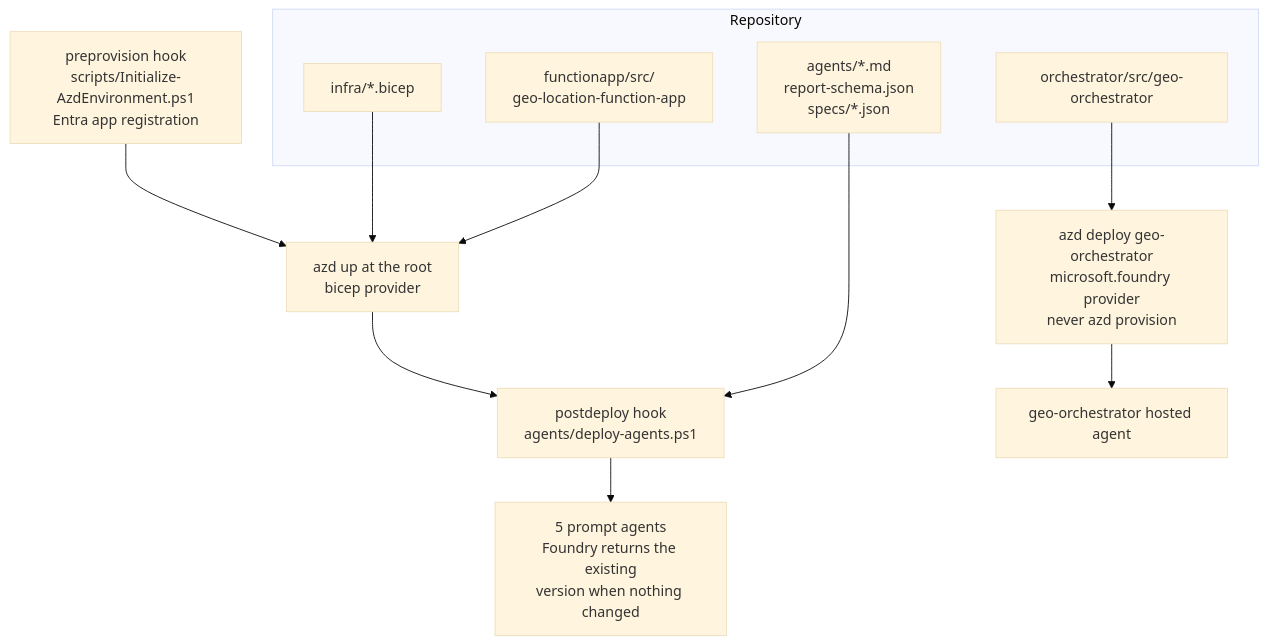
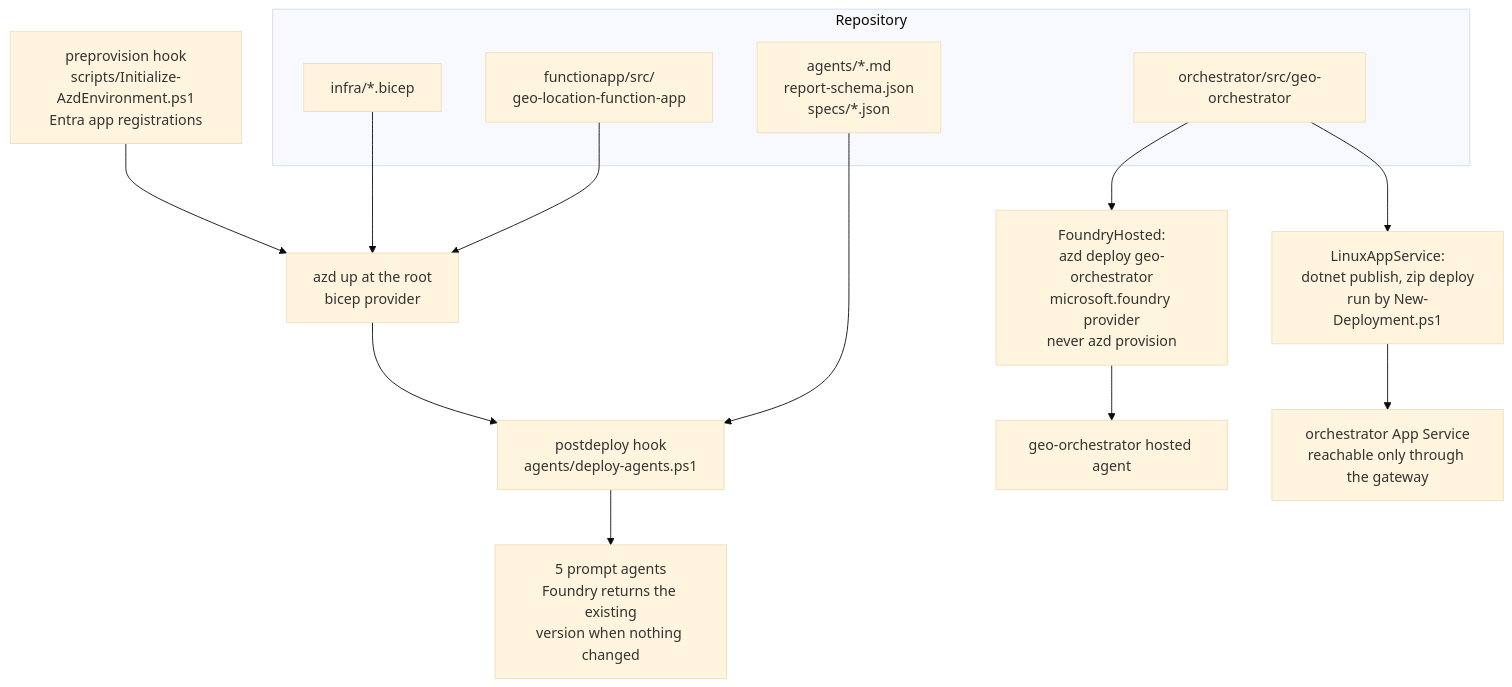
The third of 3 diagrams in README.md (TK11703/geo-location-agents), drawn with Mermaid (base theme) before and after one commit. The commit also changed other lines of this file and 15 other files, not shown here.

````diff
--- a/README.md
+++ b/README.md
@@ -108,22 +138,24 @@
 ```mermaid
 flowchart TB
     subgraph Repo["Repository"]
         Infra["infra/*.bicep"]
         Api["functionapp/src/<br/>geo-location-function-app"]
         Defs["agents/*.md<br/>report-schema.json<br/>specs/*.json"]
         OrchSrc["orchestrator/src/geo-orchestrator"]
     end
 
-    Pre["preprovision hook<br/>scripts/Initialize-AzdEnvironment.ps1<br/>Entra app registration"]
+    Pre["preprovision hook<br/>scripts/Initialize-AzdEnvironment.ps1<br/>Entra app registrations"]
     Root["azd up at the root<br/>bicep provider"]
     Hook["postdeploy hook<br/>agents/deploy-agents.ps1"]
-    Sub["azd deploy geo-orchestrator<br/>microsoft.foundry provider<br/>never azd provision"]
+    Sub["FoundryHosted:<br/>azd deploy geo-orchestrator<br/>microsoft.foundry provider<br/>never azd provision"]
+    Zip["LinuxAppService:<br/>dotnet publish, zip deploy<br/>run by New-Deployment.ps1"]
 
     Pre --> Root
     Infra --> Root
     Api --> Root
     Root --> Hook
     Defs --> Hook
     Hook --> Agents["5 prompt agents<br/>Foundry returns the existing<br/>version when nothing changed"]
     OrchSrc --> Sub --> Hosted["geo-orchestrator hosted agent"]
+    OrchSrc --> Zip --> AppSvc["orchestrator App Service<br/>reachable only through the gateway"]
 ```
````
